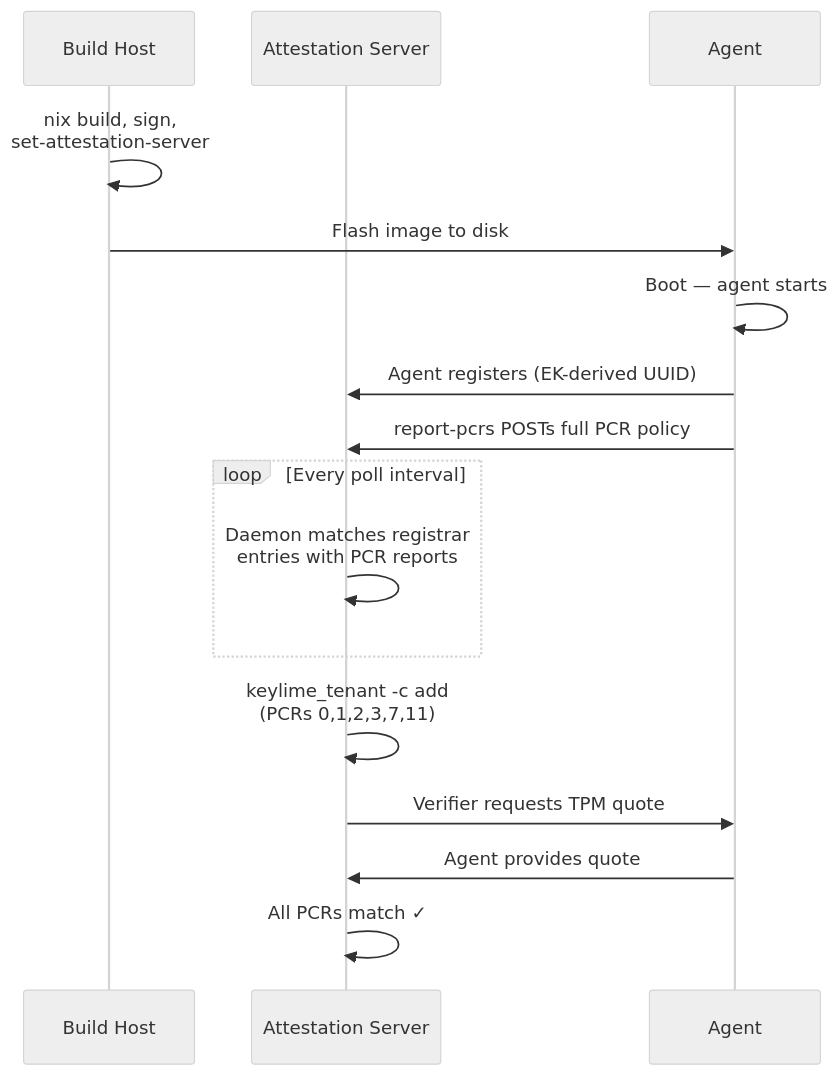
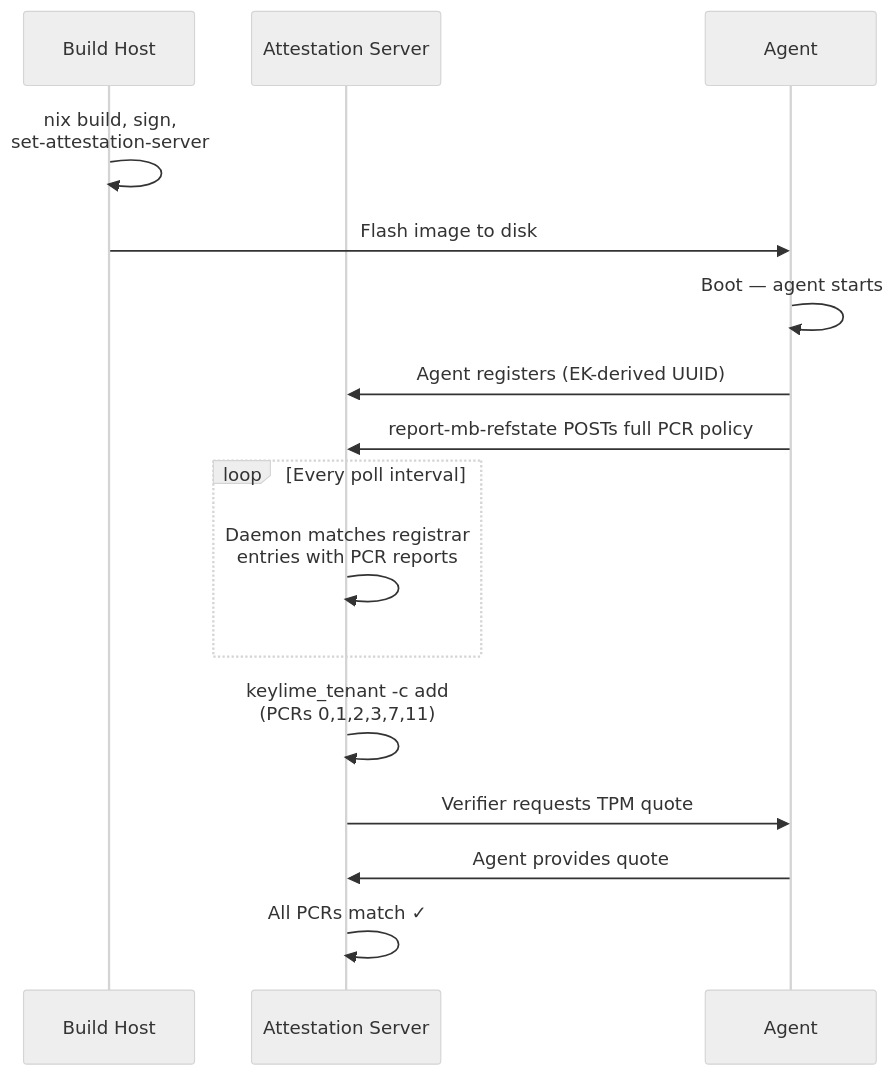
The diagram in docs/user-guide.md (phaer/nixos-android-builder), drawn with Mermaid before and after one commit. The commit also changed other lines of this file and 10 other files, not shown here.

```diff
--- a/docs/user-guide.md
+++ b/docs/user-guide.md
@@ -185,27 +185,27 @@
 ~~~mermaid
 ---
 config:
   theme: neutral
 ---
 sequenceDiagram
     participant B as Build Host
     participant S as Attestation Server
     participant A as Agent
 
     B->>B: nix build, sign,<br/>set-attestation-server
     B->>A: Flash image to disk
 
     A->>A: Boot — agent starts
     A->>S: Agent registers (EK-derived UUID)
-    A->>S: report-pcrs POSTs full PCR policy
+    A->>S: report-mb-refstate POSTs full PCR policy
 
     loop Every poll interval
         S->>S: Daemon matches registrar<br/>entries with PCR reports
     end
 
     S->>S: keylime_tenant -c add<br/>(PCRs 0,1,2,3,7,11)
 
     S->>A: Verifier requests TPM quote
     A->>S: Agent provides quote
     S->>S: All PCRs match ✓
 ~~~
```
